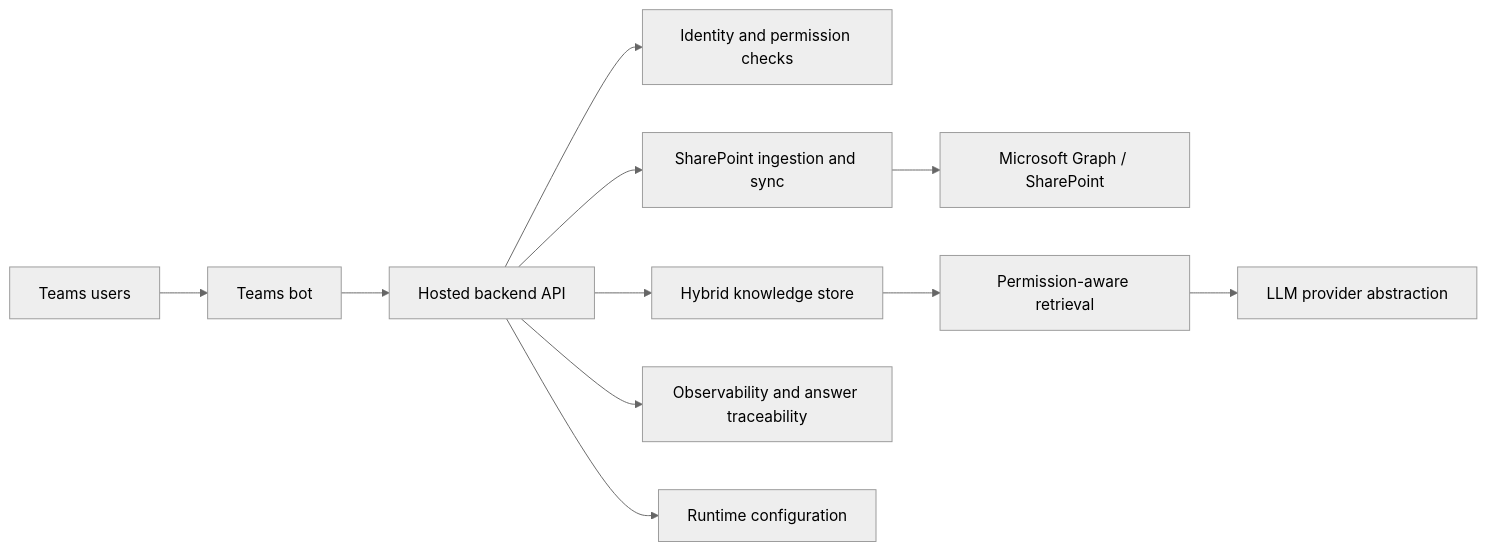
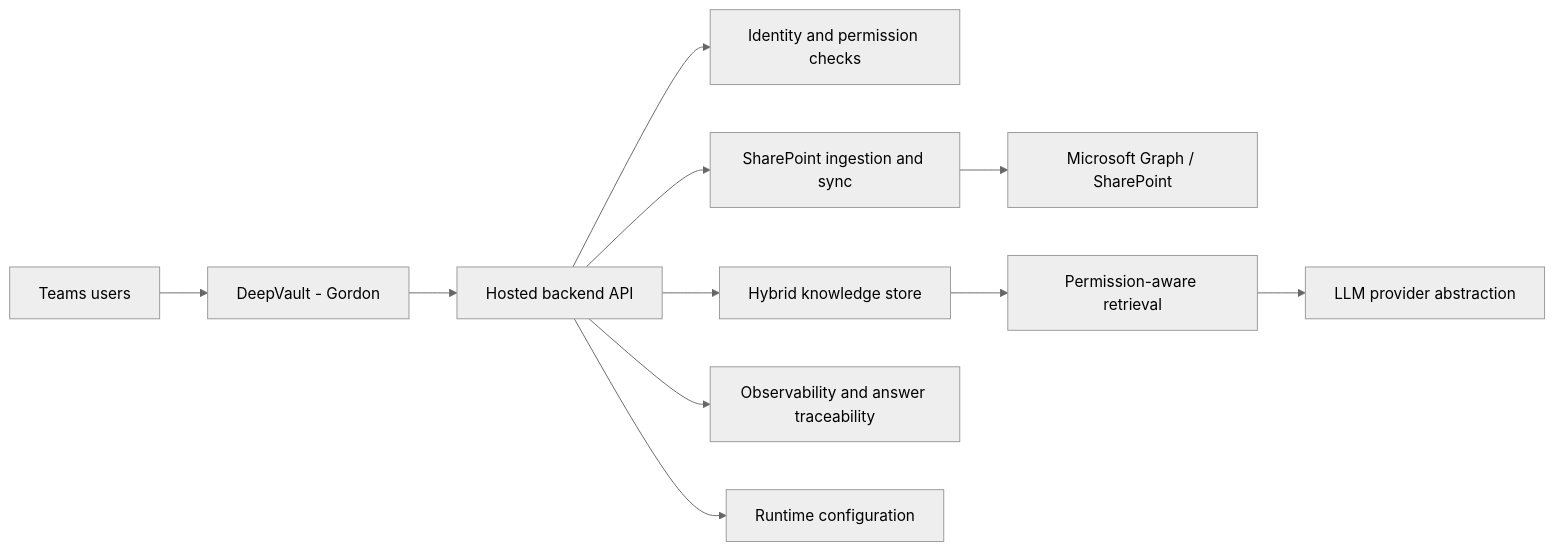
The second of 2 diagrams in logics/product/prod_002_hosted_production_strategy_with_teams_at_the_end.md (AlexAgo83/deepvault), drawn with Mermaid (neutral theme) before and after one commit. The commit also changed other lines of this file and 21 other files, not shown here.

Commit message:
Update DeepVault naming and Azure hosting docs

````diff
--- a/logics/product/prod_002_hosted_production_strategy_with_teams_at_the_end.md
+++ b/logics/product/prod_002_hosted_production_strategy_with_teams_at_the_end.md
@@ -62,13 +65,13 @@
 ```mermaid
 flowchart LR
-    Users[Teams users] --> Teams[Teams bot]
+    Users[Teams users] --> Teams[DeepVault - Gordon]
     Teams --> API[Hosted backend API]
     API --> Auth[Identity and permission checks]
     API --> Ingest[SharePoint ingestion and sync]
     Ingest --> Graph[Microsoft Graph / SharePoint]
     API --> Store[Hybrid knowledge store]
     Store --> Retrieve[Permission-aware retrieval]
     Retrieve --> LLM[LLM provider abstraction]
     API --> Audit[Observability and answer traceability]
     API --> Config[Runtime configuration]
 ```
````
